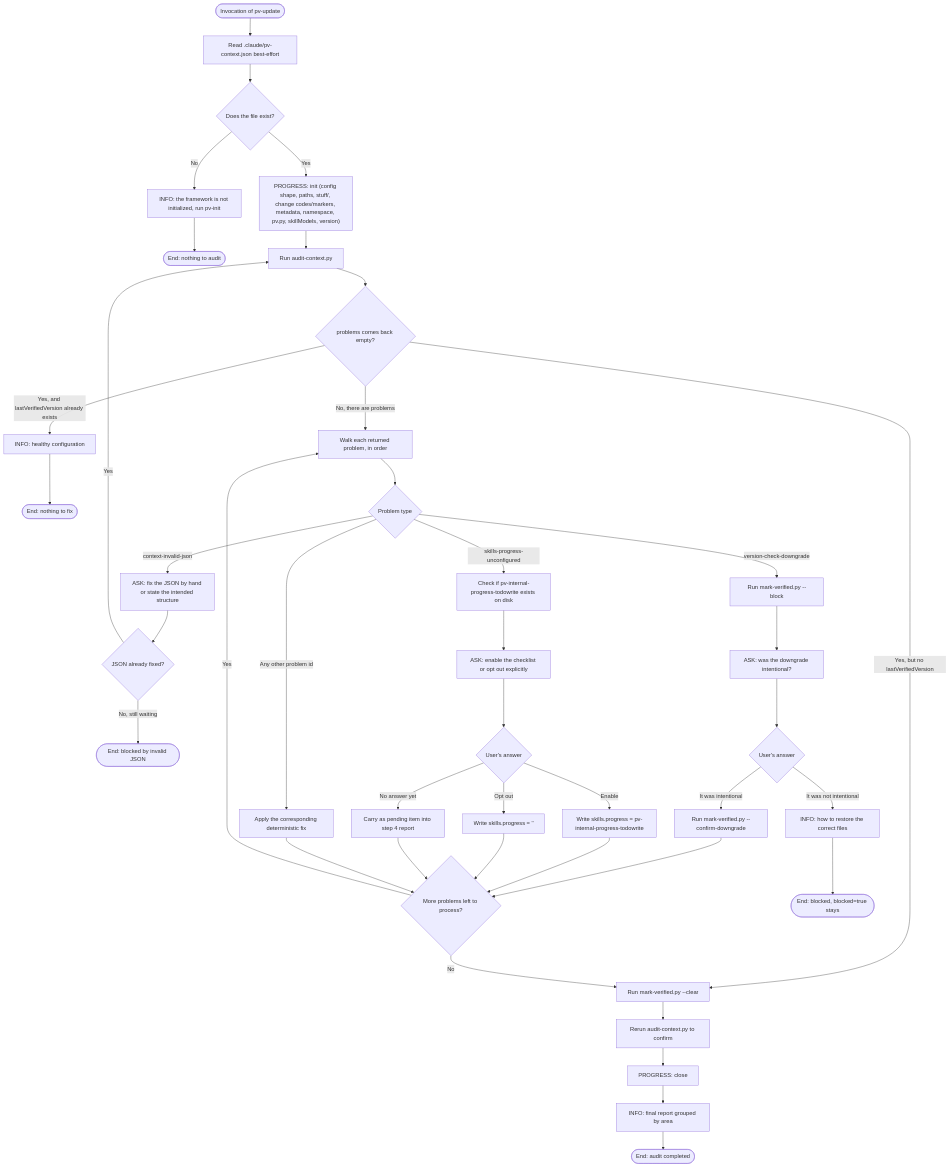
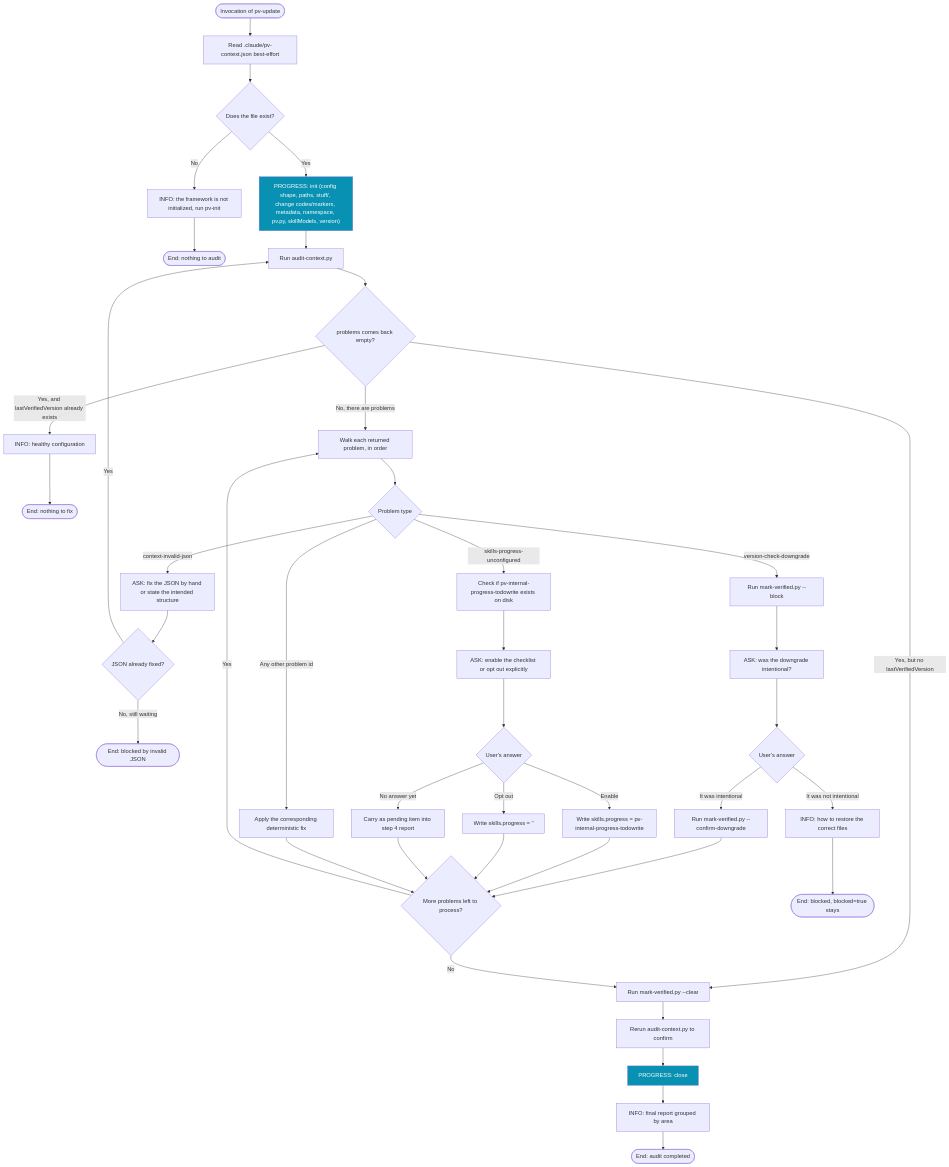
One commit to yeyopepe/previo-sdd changed the diagram in .claude/skills/pv-update/workflow.audit.md. Above: the diagram before and after it, drawn with Mermaid. The commit also changed other lines of this file and 30 other files, not shown here.

````diff
--- a/.claude/skills/pv-update/workflow.audit.md
+++ b/.claude/skills/pv-update/workflow.audit.md
@@ -1,52 +1,55 @@
 ```mermaid
 flowchart TD
     Start([Invocation of pv-update])
 
     Start --> S1Read[Read .claude/pv-context.json best-effort]
     S1Read --> S1Exists{Does the file exist?}
     S1Exists -->|No| S1Info[INFO: the framework is not initialized, run pv-init]
     S1Info --> End1([End: nothing to audit])
     S1Exists -->|Yes| S15Init
 
     S15Init["PROGRESS: init (config shape, paths, stuff/, change codes/markers, metadata, namespace, pv.py, skillModels, version)"] --> S2Run
 
     S2Run[Run audit-context.py] --> S2Empty{problems comes back empty?}
     S2Empty -->|Yes, and lastVerifiedVersion already exists| S2Healthy[INFO: healthy configuration]
     S2Healthy --> End2([End: nothing to fix])
     S2Empty -->|Yes, but no lastVerifiedVersion| S35Run
     S2Empty -->|No, there are problems| S3Loop
 
     S3Loop[Walk each returned problem, in order] --> S3Kind{Problem type}
     S3Kind -->|context-invalid-json| S3Invalid[ASK: fix the JSON by hand or state the intended structure]
     S3Invalid --> S3InvalidDec{JSON already fixed?}
     S3InvalidDec -->|Yes| S2Run
     S3InvalidDec -->|No, still waiting| End3Blocked([End: blocked by invalid JSON])
 
     S3Kind -->|version-check-downgrade| S3Downgrade[Run mark-verified.py --block]
     S3Downgrade --> S3DowngradeAsk[ASK: was the downgrade intentional?]
     S3DowngradeAsk --> S3DowngradeDec{User's answer}
     S3DowngradeDec -->|It was intentional| S3DowngradeConfirm[Run mark-verified.py --confirm-downgrade]
     S3DowngradeConfirm --> S3Next
     S3DowngradeDec -->|It was not intentional| S3DowngradeGuide[INFO: how to restore the correct files]
     S3DowngradeGuide --> End3Blocked2([End: blocked, blocked=true stays])
 
     S3Kind -->|skills-progress-unconfigured| S3Progress[Check if pv-internal-progress-todowrite exists on disk]
     S3Progress --> S3ProgressAsk[ASK: enable the checklist or opt out explicitly]
     S3ProgressAsk --> S3ProgressDec{User's answer}
     S3ProgressDec -->|Enable| S3ProgressEnable[Write skills.progress = pv-internal-progress-todowrite]
     S3ProgressEnable --> S3Next
     S3ProgressDec -->|Opt out| S3ProgressOptOut[Write skills.progress = '']
     S3ProgressOptOut --> S3Next
     S3ProgressDec -->|No answer yet| S3ProgressPending[Carry as pending item into step 4 report]
     S3ProgressPending --> S3Next
 
     S3Kind -->|Any other problem id| S3Fix[Apply the corresponding deterministic fix]
     S3Fix --> S3Next{More problems left to process?}
     S3Next -->|Yes| S3Loop
     S3Next -->|No| S35Run
 
     S35Run[Run mark-verified.py --clear] --> S4Rerun[Rerun audit-context.py to confirm]
     S4Rerun --> S4Close[PROGRESS: close]
     S4Close --> S4Report[INFO: final report grouped by area]
     S4Report --> EndOK([End: audit completed])
+
+    classDef progress fill:#0891b2,color:#fff
+    class S15Init,S4Close progress
 ```
````
